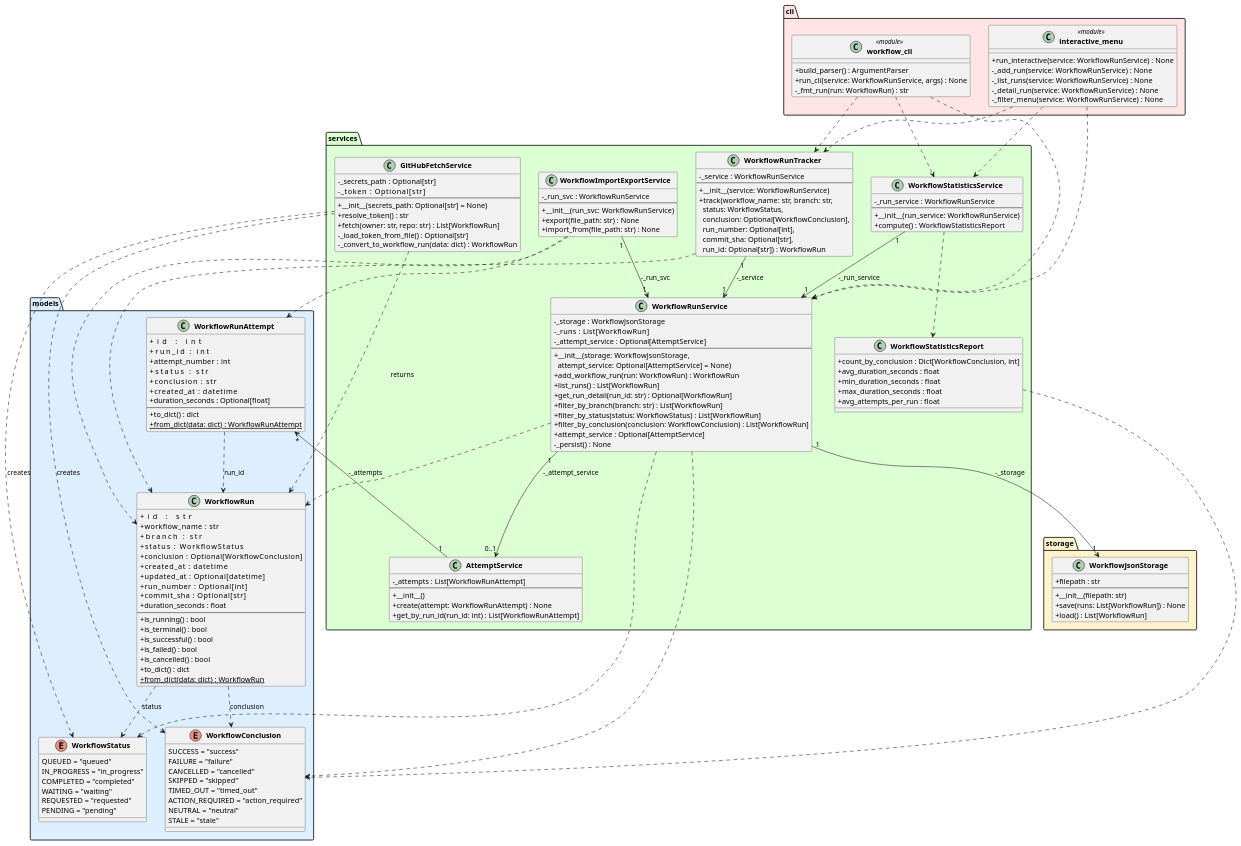
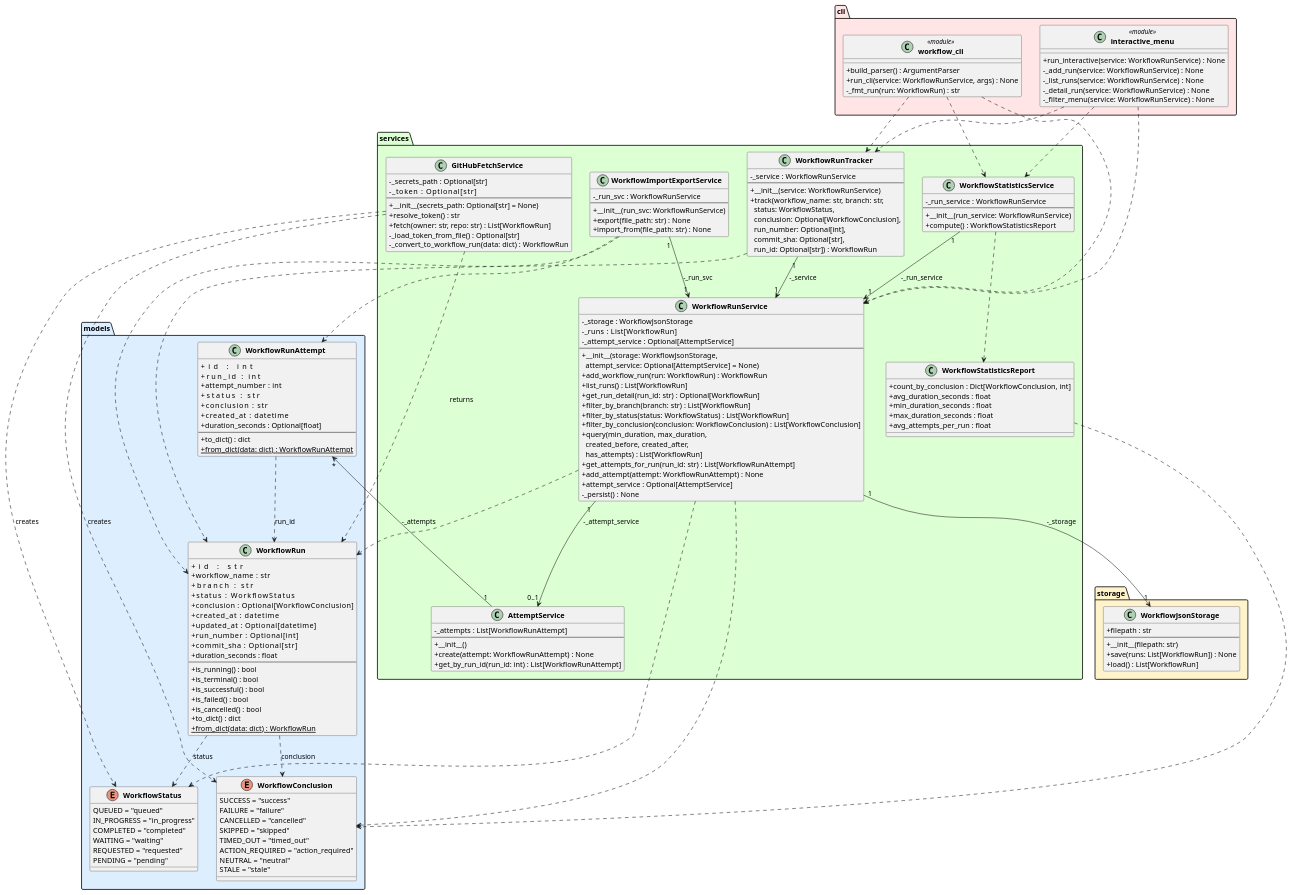
One commit to DanielRiha8906/Software_autoevolution_using_agents changed the diagram in experiments/broadcast/test_driven/github-workflow-manager/artifacts/class_diagram.puml. Above: the diagram before and after it, drawn with PlantUML. The commit also changed 8 other files, not shown here.

```diff
--- a/experiments/broadcast/test_driven/github-workflow-manager/artifacts/class_diagram.puml
+++ b/experiments/broadcast/test_driven/github-workflow-manager/artifacts/class_diagram.puml
@@ -1,182 +1,185 @@
 @startuml class_diagram
 
 skinparam classAttributeIconSize 0
 skinparam classFontStyle bold
 
 package "models" #DDEEFF {
     enum WorkflowStatus {
         QUEUED = "queued"
         IN_PROGRESS = "in_progress"
         COMPLETED = "completed"
         WAITING = "waiting"
         REQUESTED = "requested"
         PENDING = "pending"
     }
 
     enum WorkflowConclusion {
         SUCCESS = "success"
         FAILURE = "failure"
         CANCELLED = "cancelled"
         SKIPPED = "skipped"
         TIMED_OUT = "timed_out"
         ACTION_REQUIRED = "action_required"
         NEUTRAL = "neutral"
         STALE = "stale"
     }
 
     class WorkflowRun {
         +id               : str
         +workflow_name    : str
         +branch           : str
         +status           : WorkflowStatus
         +conclusion       : Optional[WorkflowConclusion]
         +created_at       : datetime
         +updated_at       : Optional[datetime]
         +run_number       : Optional[int]
         +commit_sha       : Optional[str]
         +duration_seconds : float
         --
         +is_running() : bool
         +is_terminal() : bool
         +is_successful() : bool
         +is_failed() : bool
         +is_cancelled() : bool
         +to_dict() : dict
         +{static} from_dict(data: dict) : WorkflowRun
     }
 
     class WorkflowRunAttempt {
         +id               : int
         +run_id           : int
         +attempt_number   : int
         +status           : str
         +conclusion       : str
         +created_at       : datetime
         +duration_seconds : Optional[float]
         --
         +to_dict() : dict
         +{static} from_dict(data: dict) : WorkflowRunAttempt
     }
 }
 
 package "storage" #FFF3CC {
     class WorkflowJsonStorage {
         +filepath : str
         --
         +__init__(filepath: str)
         +save(runs: List[WorkflowRun]) : None
         +load() : List[WorkflowRun]
     }
 }
 
 package "services" #DDFFD4 {
     class GitHubFetchService {
         -_secrets_path : Optional[str]
         -_token        : Optional[str]
         --
         +__init__(secrets_path: Optional[str] = None)
         +resolve_token() : str
         +fetch(owner: str, repo: str) : List[WorkflowRun]
         -_load_token_from_file() : Optional[str]
         -_convert_to_workflow_run(data: dict) : WorkflowRun
     }
 
     class WorkflowRunService {
         -_storage : WorkflowJsonStorage
         -_runs    : List[WorkflowRun]
         -_attempt_service : Optional[AttemptService]
         --
         +__init__(storage: WorkflowJsonStorage,\n  attempt_service: Optional[AttemptService] = None)
         +add_workflow_run(run: WorkflowRun) : WorkflowRun
         +list_runs() : List[WorkflowRun]
         +get_run_detail(run_id: str) : Optional[WorkflowRun]
         +filter_by_branch(branch: str) : List[WorkflowRun]
         +filter_by_status(status: WorkflowStatus) : List[WorkflowRun]
-        +filter_by_conclusion(conclusion: WorkflowConclusion) : List[WorkflowRun]
+        +filter_by_conclusion(conclusion: WorkflowConclusion) : List[WorkflowConclusion]
+        +query(min_duration, max_duration,\n  created_before, created_after,\n  has_attempts) : List[WorkflowRun]
+        +get_attempts_for_run(run_id: str) : List[WorkflowRunAttempt]
+        +add_attempt(attempt: WorkflowRunAttempt) : None
         +attempt_service : Optional[AttemptService]
         -_persist() : None
     }
 
     class WorkflowRunTracker {
         -_service : WorkflowRunService
         --
         +__init__(service: WorkflowRunService)
         +track(workflow_name: str, branch: str,\n  status: WorkflowStatus,\n  conclusion: Optional[WorkflowConclusion],\n  run_number: Optional[int],\n  commit_sha: Optional[str],\n  run_id: Optional[str]) : WorkflowRun
     }
 
     class AttemptService {
         -_attempts : List[WorkflowRunAttempt]
         --
         +__init__()
         +create(attempt: WorkflowRunAttempt) : None
         +get_by_run_id(run_id: int) : List[WorkflowRunAttempt]
     }
 
     class WorkflowStatisticsReport {
         +count_by_conclusion : Dict[WorkflowConclusion, int]
         +avg_duration_seconds : float
         +min_duration_seconds : float
         +max_duration_seconds : float
         +avg_attempts_per_run : float
     }
 
     class WorkflowStatisticsService {
         -_run_service : WorkflowRunService
         --
         +__init__(run_service: WorkflowRunService)
         +compute() : WorkflowStatisticsReport
     }
 
     class WorkflowImportExportService {
         -_run_svc : WorkflowRunService
         --
         +__init__(run_svc: WorkflowRunService)
         +export(file_path: str) : None
         +import_from(file_path: str) : None
     }
 }
 
 package "cli" #FFE5E5 {
     class "workflow_cli" <<module>> {
         +build_parser() : ArgumentParser
         +run_cli(service: WorkflowRunService, args) : None
         -_fmt_run(run: WorkflowRun) : str
     }
 
     class "interactive_menu" <<module>> {
         +run_interactive(service: WorkflowRunService) : None
         -_add_run(service: WorkflowRunService) : None
         -_list_runs(service: WorkflowRunService) : None
         -_detail_run(service: WorkflowRunService) : None
         -_filter_menu(service: WorkflowRunService) : None
     }
 }
 
 WorkflowRun                ..>  WorkflowStatus        : status
 WorkflowRun                ..>  WorkflowConclusion    : conclusion
 WorkflowRunAttempt         ..>  WorkflowRun           : run_id
 GitHubFetchService         ..>  WorkflowRun           : returns
 GitHubFetchService         ..>  WorkflowStatus        : creates
 GitHubFetchService         ..>  WorkflowConclusion    : creates
 WorkflowRunService    "1" --> "1" WorkflowJsonStorage : -_storage
 WorkflowRunService    "1" --> "0..1" AttemptService   : -_attempt_service
 WorkflowRunService         ..>  WorkflowRun
 WorkflowRunService         ..>  WorkflowStatus
 WorkflowRunService         ..>  WorkflowConclusion
 WorkflowRunTracker    "1" --> "1" WorkflowRunService  : -_service
 WorkflowRunTracker         ..>  WorkflowRun
 AttemptService       "1" --> "*" WorkflowRunAttempt   : -_attempts
 WorkflowStatisticsService "1" --> "1" WorkflowRunService : -_run_service
 WorkflowStatisticsService  ..>  WorkflowStatisticsReport
 WorkflowStatisticsReport   ..>  WorkflowConclusion
 WorkflowImportExportService "1" --> "1" WorkflowRunService : -_run_svc
 WorkflowImportExportService ..> WorkflowRun
 WorkflowImportExportService ..> WorkflowRunAttempt
 "workflow_cli"             ..>  WorkflowRunService
 "workflow_cli"             ..>  WorkflowRunTracker
 "workflow_cli"             ..>  WorkflowStatisticsService
 "interactive_menu"         ..>  WorkflowRunService
 "interactive_menu"         ..>  WorkflowRunTracker
 "interactive_menu"         ..>  WorkflowStatisticsService
 
 @enduml
```
